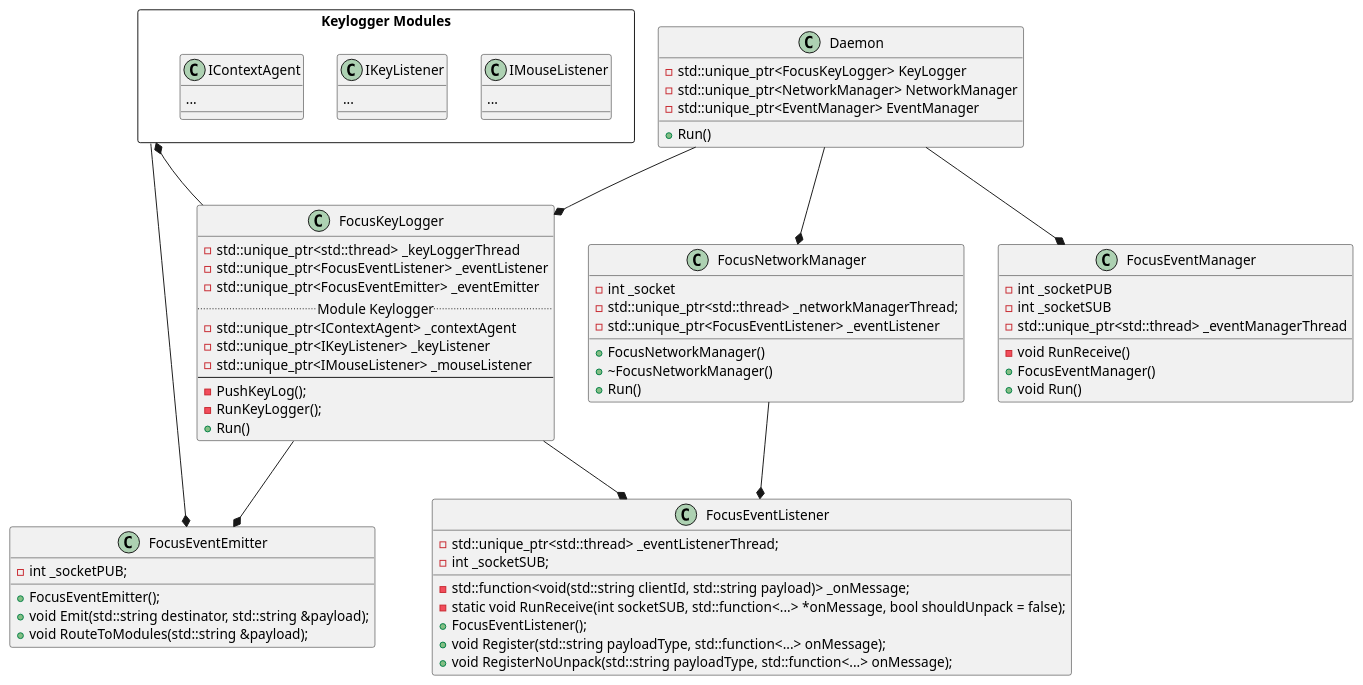
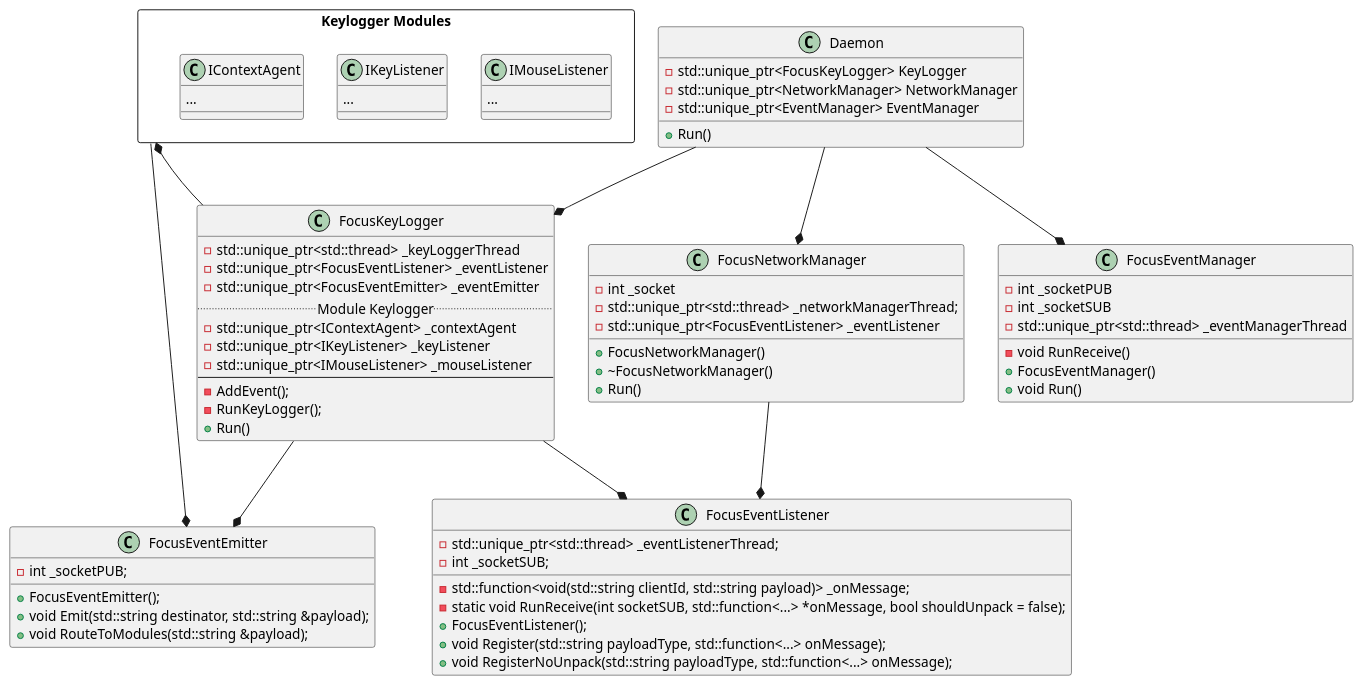
Before and after one commit to FocusCompany/daemon: the diagram in docs/daemon.puml, drawn with PlantUML. The commit also changed 14 other files, not shown here.

```diff
--- a/docs/daemon.puml
+++ b/docs/daemon.puml
@@ -1,89 +1,89 @@
 @startuml
 
 class Daemon {
     -std::unique_ptr<FocusKeyLogger> KeyLogger
     -std::unique_ptr<NetworkManager> NetworkManager
     -std::unique_ptr<EventManager> EventManager
     +Run()
 }
 
 class FocusKeyLogger {
     -std::unique_ptr<std::thread> _keyLoggerThread
     -std::unique_ptr<FocusEventListener> _eventListener
     -std::unique_ptr<FocusEventEmitter> _eventEmitter
     ..Module Keylogger..
     -std::unique_ptr<IContextAgent> _contextAgent
     -std::unique_ptr<IKeyListener> _keyListener
     -std::unique_ptr<IMouseListener> _mouseListener
     --
-    -PushKeyLog();
+    -AddEvent();
     -RunKeyLogger();
     +Run()
 }
 
 package "Keylogger Modules" <<Rectangle>> {
     class IContextAgent {
         ...
     }
 
     class IKeyListener {
         ...
     }
 
     class IMouseListener {
         ...
     }
 
     IContextAgent .[hidden] IKeyListener
     IKeyListener .[hidden] IMouseListener
 }
 
 class FocusNetworkManager {
     -int _socket
     -std::unique_ptr<std::thread> _networkManagerThread;
     -std::unique_ptr<FocusEventListener> _eventListener
     +FocusNetworkManager()
     +~FocusNetworkManager()
     +Run()
 }
 
 class FocusEventManager {
 	-int _socketPUB
 	-int _socketSUB
 	-std::unique_ptr<std::thread> _eventManagerThread
 	-void RunReceive()
 	+FocusEventManager()
 	+void Run()
 }
 
 class FocusEventEmitter {
     -int _socketPUB;
     +FocusEventEmitter();
     +void Emit(std::string destinator, std::string &payload);
     +void RouteToModules(std::string &payload);
 }
 
 class FocusEventListener {
     -std::function<void(std::string clientId, std::string payload)> _onMessage;
 	-std::unique_ptr<std::thread> _eventListenerThread;
 	-int _socketSUB;
 	-static void RunReceive(int socketSUB, std::function<...> *onMessage, bool shouldUnpack = false);
     +FocusEventListener();
 	+void Register(std::string payloadType, std::function<...> onMessage);
 	+void RegisterNoUnpack(std::string payloadType, std::function<...> onMessage);
 }
 
 Daemon --* FocusKeyLogger
 Daemon --* FocusNetworkManager
 Daemon --* FocusEventManager
 
 FocusKeyLogger --* FocusEventListener
 FocusKeyLogger --* FocusEventEmitter
 
 "Keylogger Modules" --* FocusEventEmitter
 "Keylogger Modules" *-- FocusKeyLogger
 
 FocusNetworkManager --* FocusEventListener
 
 
 @enduml
```
